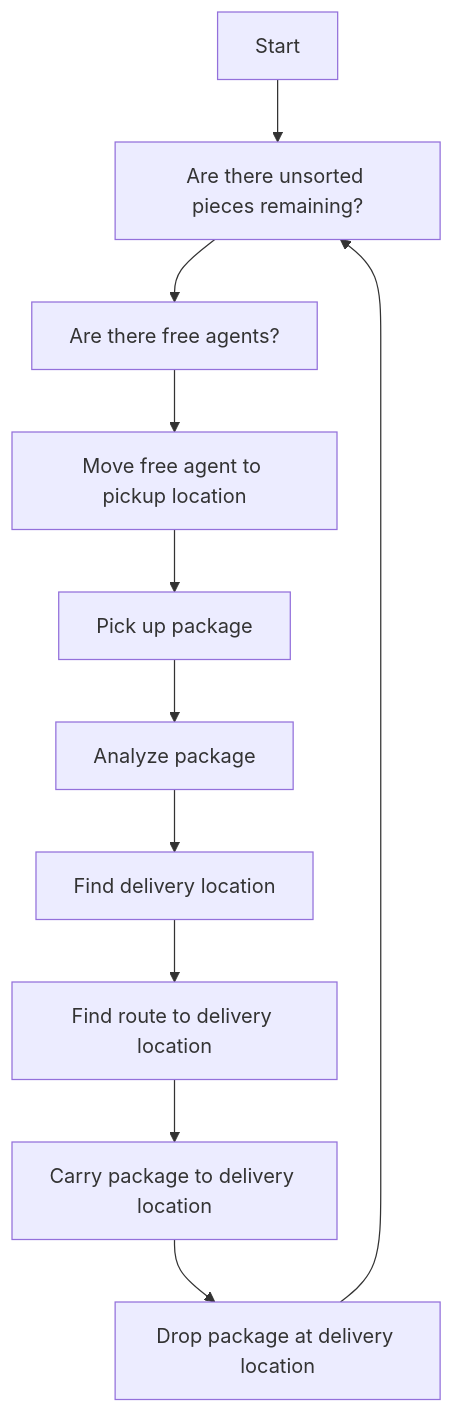
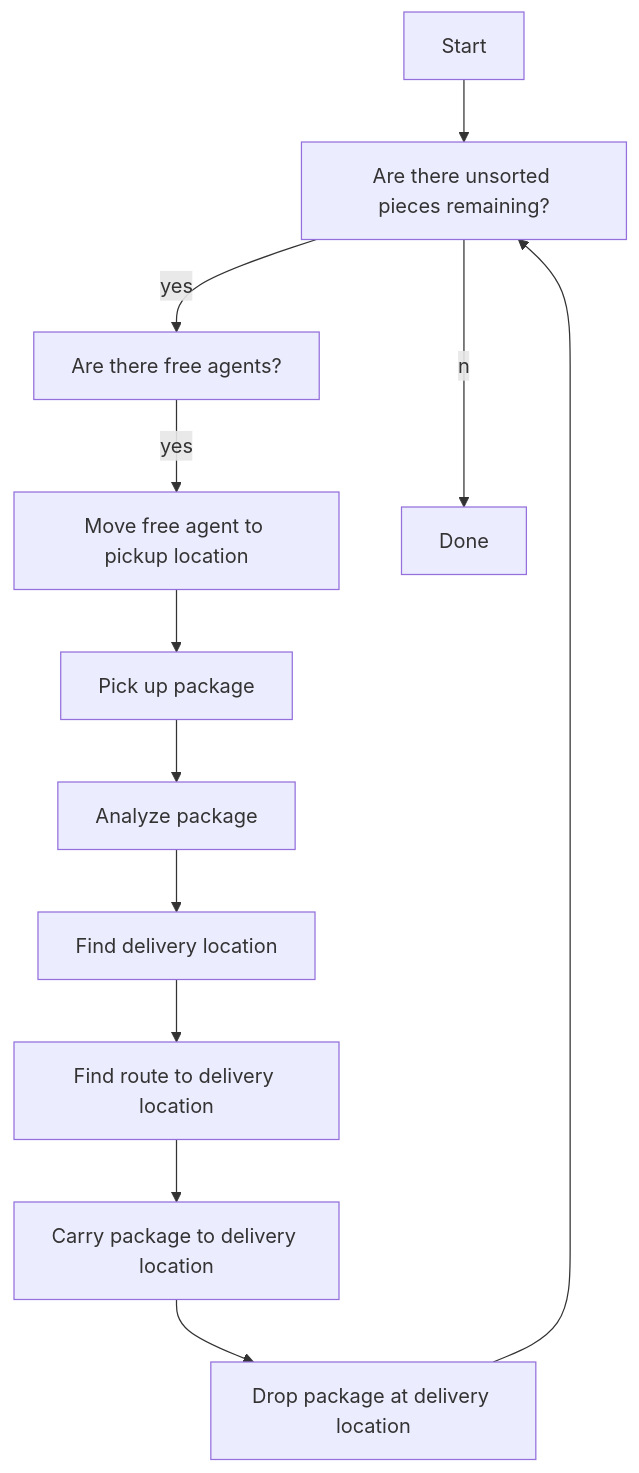
The first of 3 diagrams in README.md (samsmithnz/PuzzleSorter), drawn with Mermaid before and after one commit.

````diff
--- a/README.md
+++ b/README.md
@@ -1,13 +1,14 @@
 ```mermaid
 flowchart TD
     id0[Start] --> id1[Are there unsorted pieces remaining?]
-    id1 --> id2[Are there free agents?]
-    id2 --> id3[Move free agent to pickup location]
+    id1 --yes--> id2[Are there free agents?]
+    id2 --yes--> id3[Move free agent to pickup location]
     id3 --> id4[Pick up package]
     id4 --> id5[Analyze package]
     id5 --> id6[Find delivery location]
     id6 --> id7[Find route to delivery location]
     id7 --> id8[Carry package to delivery location]
     id8 --> id9[Drop package at delivery location]
     id9 --> id1
+    id1 --no--> idEnd[Done]
 ```
````
